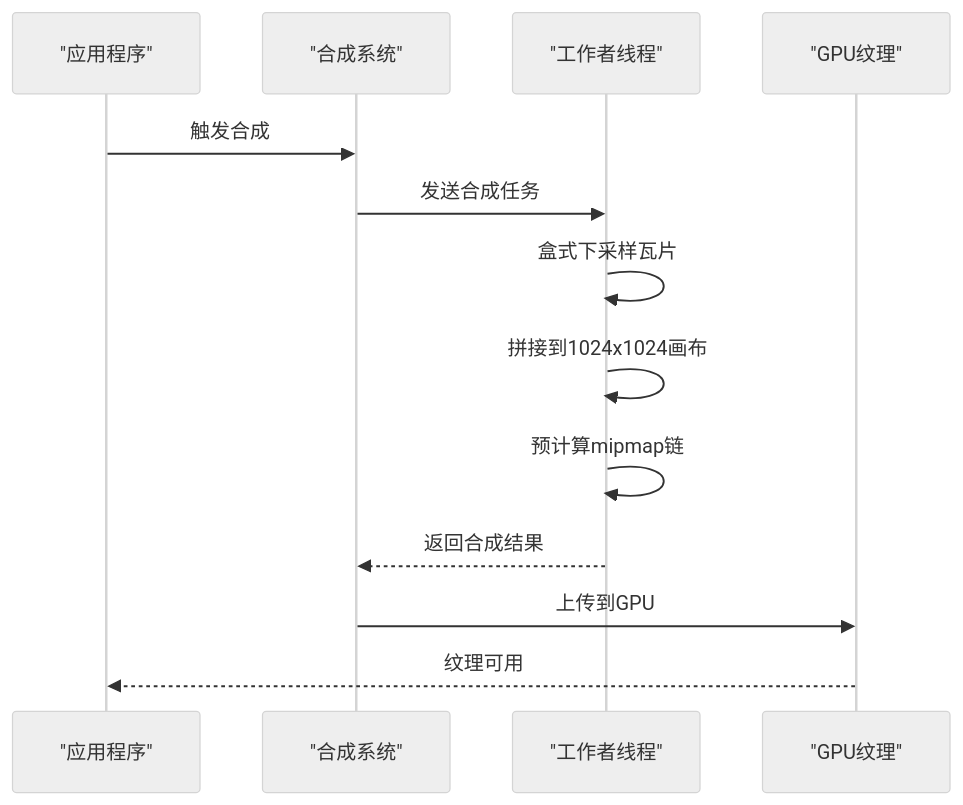
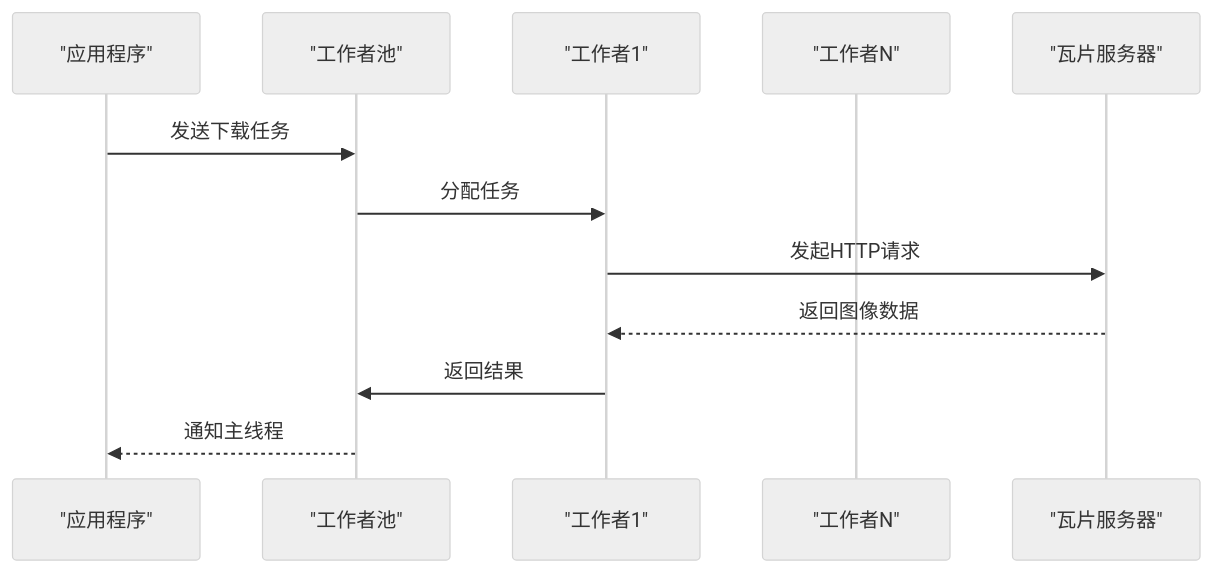
One commit to rzhangjing/cesium changed the fifth of 22 diagrams in .qoder/repowiki/zh/content/核心概念/渲染管线与场景图/动态地球渲染系统.md. Above: the diagram before and after it, drawn with Mermaid (neutral theme). The commit also changed other lines of this file and 3 other files, not shown here.

````diff
--- a/.qoder/repowiki/zh/content/核心概念/渲染管线与场景图/动态地球渲染系统.md
+++ b/.qoder/repowiki/zh/content/核心概念/渲染管线与场景图/动态地球渲染系统.md
@@ -262,15 +301,14 @@
 ```mermaid
 sequenceDiagram
 participant App as "应用程序"
-participant Composite as "合成系统"
-participant Worker as "工作者线程"
-participant GPU as "GPU纹理"
-App->>Composite : 触发合成
-Composite->>Worker : 发送合成任务
-Worker->>Worker : 盒式下采样瓦片
-Worker->>Worker : 拼接到1024x1024画布
-Worker->>Worker : 预计算mipmap链
-Worker-->>Composite : 返回合成结果
-Composite->>GPU : 上传到GPU
-GPU-->>App : 纹理可用
+participant Pool as "工作者池"
+participant Worker1 as "工作者1"
+participant WorkerN as "工作者N"
+participant Server as "瓦片服务器"
+App->>Pool : 发送下载任务
+Pool->>Worker1 : 分配任务
+Worker1->>Server : 发起HTTP请求
+Server-->>Worker1 : 返回图像数据
+Worker1->>Pool : 返回结果
+Pool-->>App : 通知主线程
 ```
````
